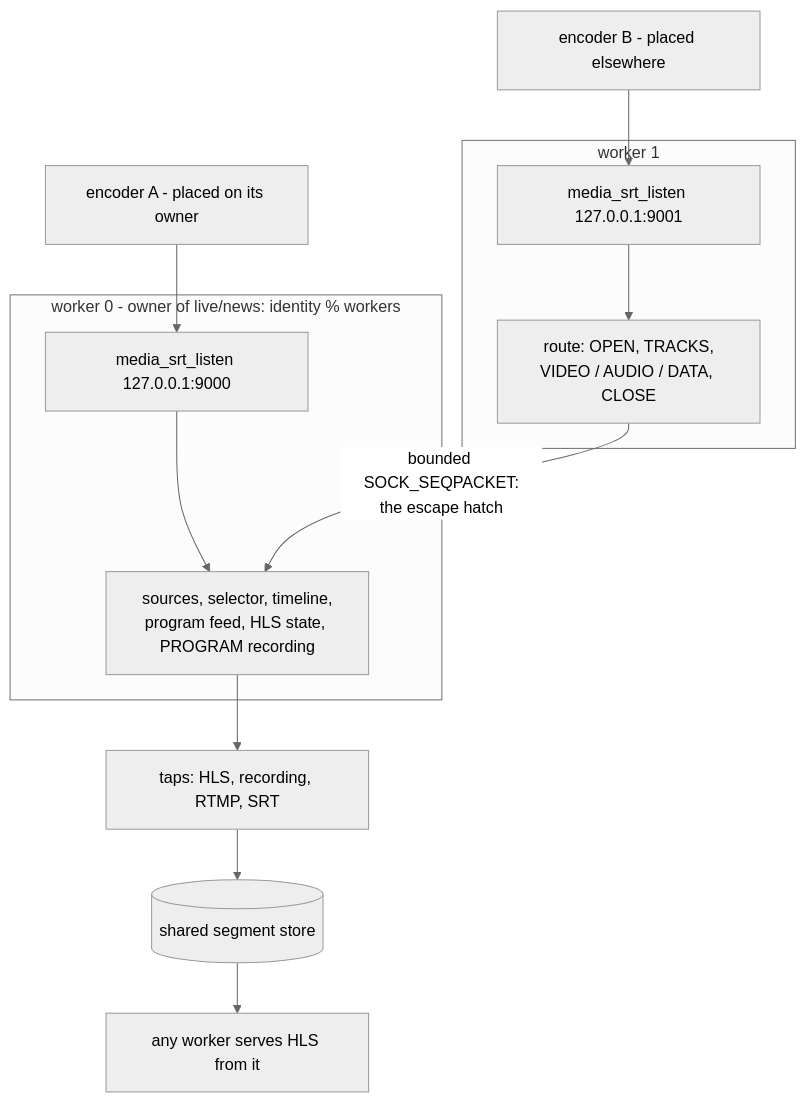
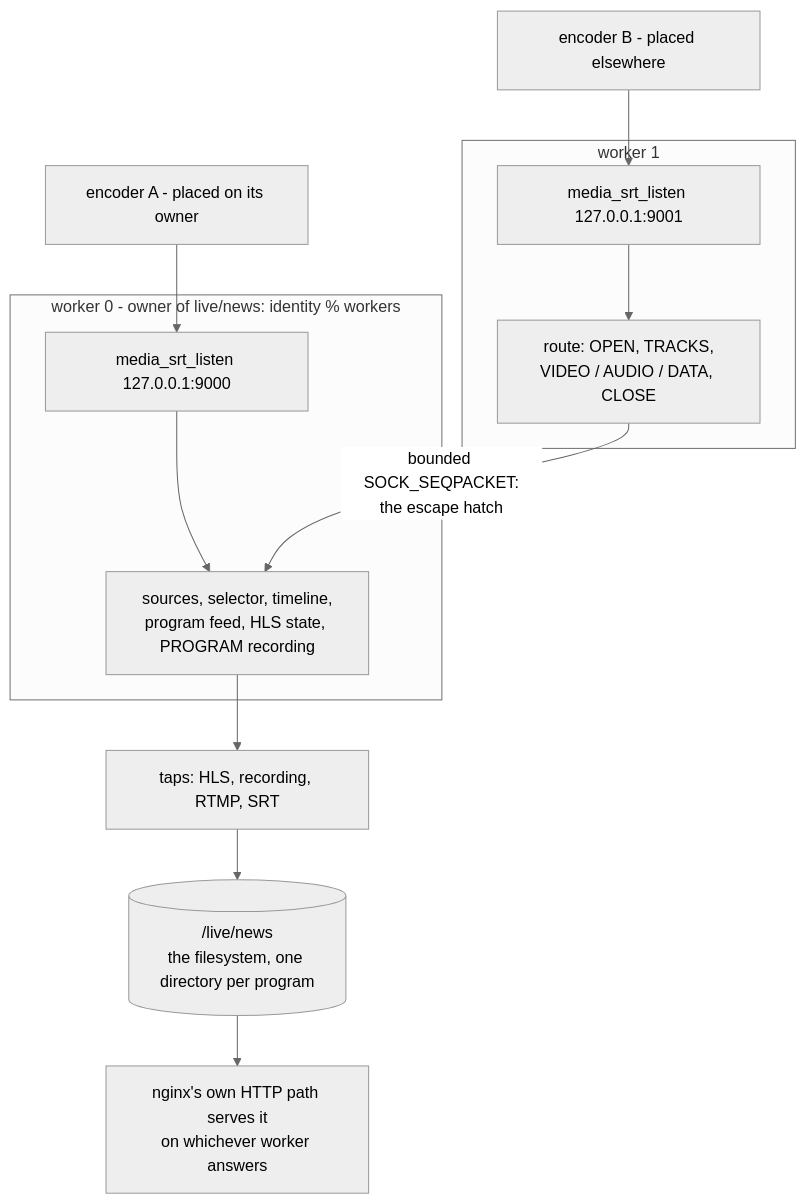
Before and after one commit to krsna1729/nginx-media: the second of 4 diagrams in docs/architecture.md, drawn with Mermaid (neutral theme). The commit also changed other lines of this file and 25 other files, not shown here.

````diff
--- a/docs/architecture.md
+++ b/docs/architecture.md
@@ -154,20 +164,20 @@
 ```mermaid
 flowchart TB
     subgraph W0["worker 0 - owner of live/news: identity % workers"]
         L0["media_srt_listen 127.0.0.1:9000"]
         P0["sources, selector, timeline,<br/>program feed, HLS state, PROGRAM recording"]
     end
 
     subgraph W1["worker 1"]
         L1["media_srt_listen 127.0.0.1:9001"]
         R1["route: OPEN, TRACKS,<br/>VIDEO / AUDIO / DATA, CLOSE"]
     end
 
     A["encoder A - placed on its owner"] --> L0 --> P0
     B["encoder B - placed elsewhere"] --> L1 --> R1
     R1 -->|"bounded SOCK_SEQPACKET:<br/>the escape hatch"| P0
 
     P0 --> TAP["taps: HLS, recording, RTMP, SRT"]
-    TAP --> SHM[("shared segment store")]
-    SHM --> ANY["any worker serves HLS from it"]
+    TAP --> HLS[("<media_hls>/live/news<br/>the filesystem, one directory per program")]
+    HLS --> ANY["nginx's own HTTP path serves it<br/>on whichever worker answers"]
 ```
````
